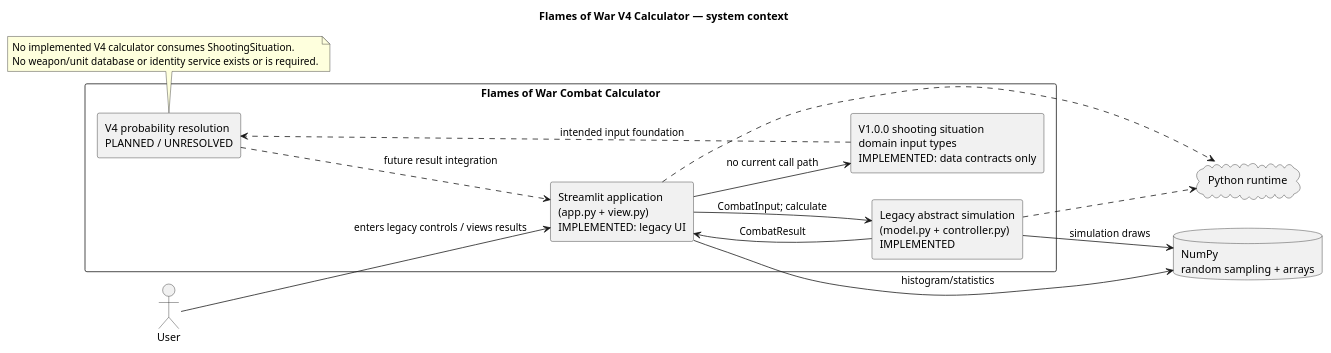
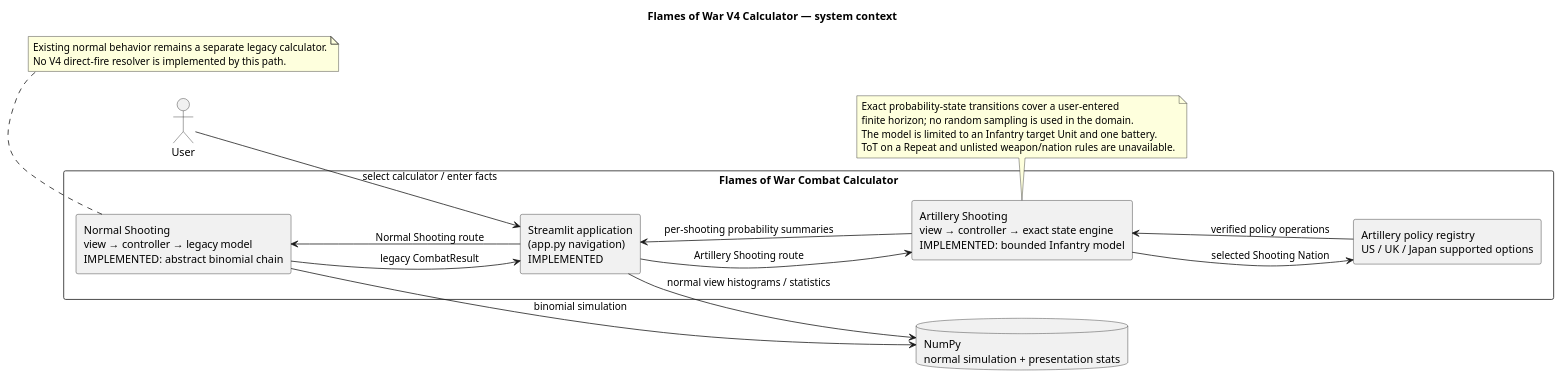
The diagram in doc/uml/system-context.puml (theflamio/flames_of_war_combat_calculator), drawn with PlantUML before and after one commit. The commit also changed 13 other files, not shown here.

Commit message:
added artilly view model and controller

```diff
--- a/doc/uml/system-context.puml
+++ b/doc/uml/system-context.puml
@@ -1,31 +1,36 @@
 @startuml
 title Flames of War V4 Calculator — system context
 left to right direction
 skinparam componentStyle rectangle
 
 actor User
 rectangle "Flames of War Combat Calculator" {
-  component "Streamlit application\n(app.py + view.py)\nIMPLEMENTED: legacy UI" as App
-  component "Legacy abstract simulation\n(model.py + controller.py)\nIMPLEMENTED" as Legacy
-  component "V1.0.0 shooting situation\ndomain input types\nIMPLEMENTED: data contracts only" as Domain
-  component "V4 probability resolution\nPLANNED / UNRESOLVED" as V4
+  component "Streamlit application\n(app.py navigation)\nIMPLEMENTED" as App
+  component "Normal Shooting\nview → controller → legacy model\nIMPLEMENTED: abstract binomial chain" as Normal
+  component "Artillery Shooting\nview → controller → exact state engine\nIMPLEMENTED: bounded Infantry model" as Artillery
+  component "Artillery policy registry\nUS / UK / Japan supported options" as Policies
 }
-cloud "Python runtime" as Python
-database "NumPy\nrandom sampling + arrays" as NumPy
+database "NumPy\nnormal simulation + presentation stats" as NumPy
 
-User --> App : enters legacy controls / views results
-App --> Legacy : CombatInput; calculate
-Legacy --> App : CombatResult
-App --> Domain : no current call path
-Domain ..> V4 : intended input foundation
-V4 ..> App : future result integration
-Legacy --> NumPy : simulation draws
-App --> NumPy : histogram/statistics
-Legacy ..> Python
-App ..> Python
+User --> App : select calculator / enter facts
+App --> Normal : Normal Shooting route
+App --> Artillery : Artillery Shooting route
+Normal --> App : legacy CombatResult
+Artillery --> Policies : selected Shooting Nation
+Policies --> Artillery : verified policy operations
+Artillery --> App : per-shooting probability summaries
+Normal --> NumPy : binomial simulation
+App --> NumPy : normal view histograms / statistics
 
-note bottom of V4
-No implemented V4 calculator consumes ShootingSituation.
-No weapon/unit database or identity service exists or is required.
+note bottom of Normal
+Existing normal behavior remains a separate legacy calculator.
+No V4 direct-fire resolver is implemented by this path.
+end note
+
+note bottom of Artillery
+Exact probability-state transitions cover a user-entered
+finite horizon; no random sampling is used in the domain.
+The model is limited to an Infantry target Unit and one battery.
+ToT on a Repeat and unlisted weapon/nation rules are unavailable.
 end note
 @enduml
```
